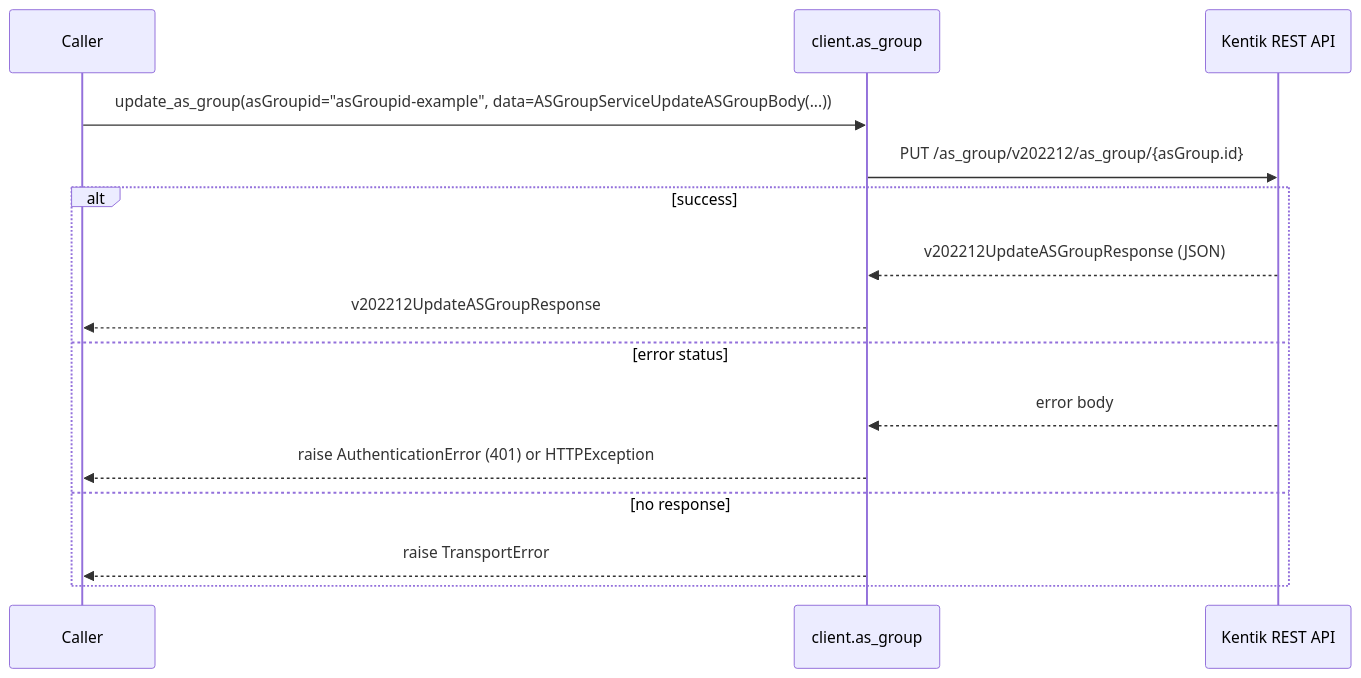
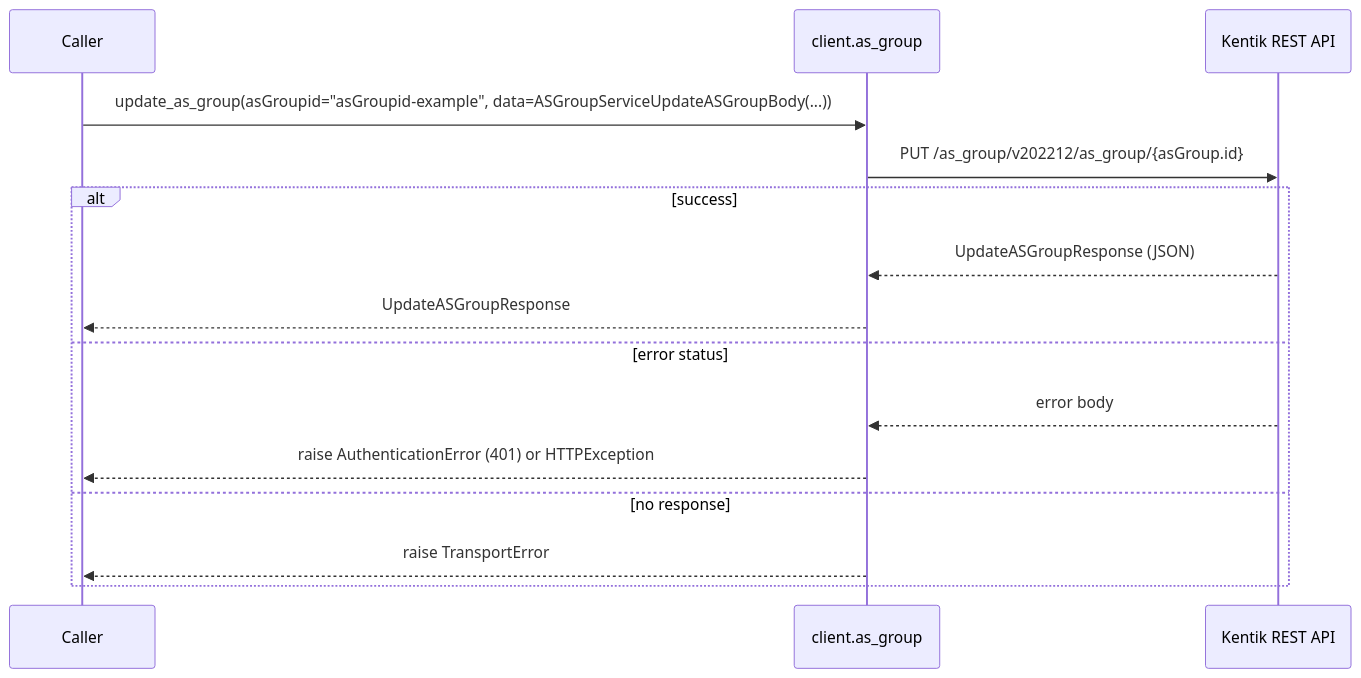
Before and after one commit to alexdearaujo/community_sdk_python: the eighth of 12 diagrams in docs/sphinx/services/as_group.md, drawn with Mermaid. The commit also changed other lines of this file and 38 other files, not shown here.

````diff
--- a/docs/sphinx/services/as_group.md
+++ b/docs/sphinx/services/as_group.md
@@ -258,18 +258,18 @@
 ```mermaid
 sequenceDiagram
     participant C as Caller
     participant W as client.as_group
     participant API as Kentik REST API
 
     C->>W: update_as_group(asGroupid="asGroupid-example", data=ASGroupServiceUpdateASGroupBody(...))
     W->>API: PUT /as_group/v202212/as_group/{asGroup.id}
     alt success
-        API-->>W: v202212UpdateASGroupResponse (JSON)
-        W-->>C: v202212UpdateASGroupResponse
+        API-->>W: UpdateASGroupResponse (JSON)
+        W-->>C: UpdateASGroupResponse
     else error status
         API-->>W: error body
         W-->>C: raise AuthenticationError (401) or HTTPException
     else no response
         W-->>C: raise TransportError
     end
 ```
````
